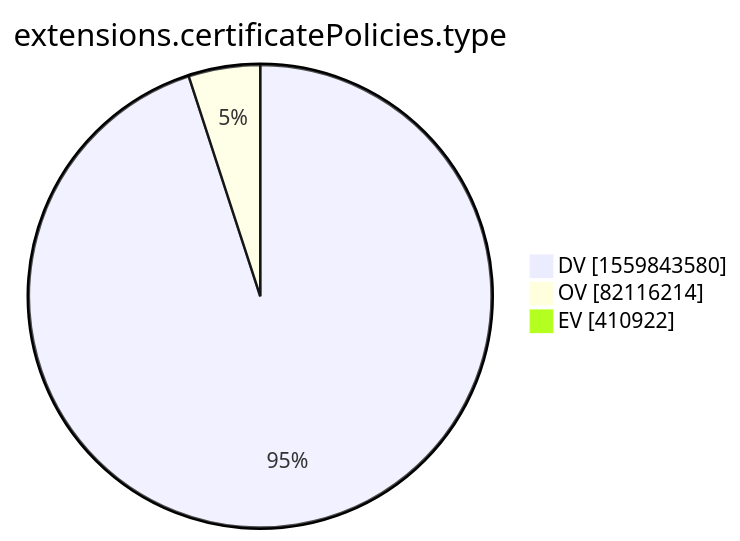
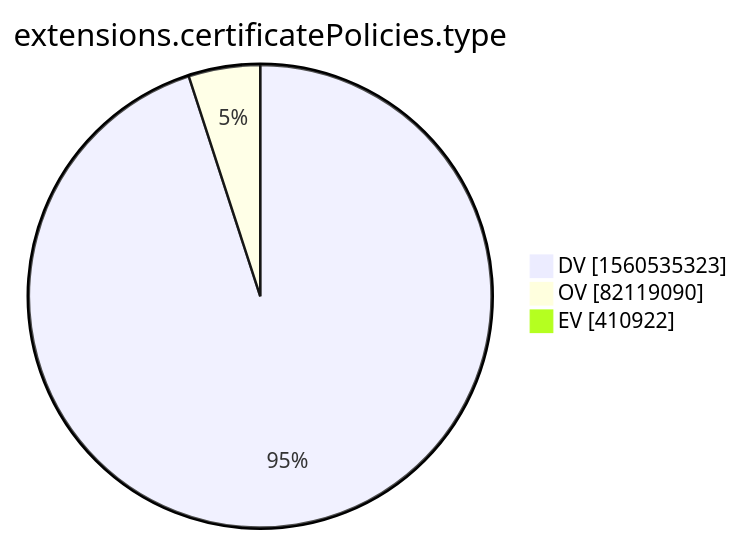
The tenth of 15 diagrams in xenon2022/README.md (christiankrug/ctmonitor_visualization), drawn with Mermaid before and after one commit. The commit also changed other lines of this file, not shown here.

````diff
--- a/xenon2022/README.md
+++ b/xenon2022/README.md
@@ -2876,7 +2876,7 @@
 ```mermaid
 pie showData
 title extensions.certificatePolicies.type
-"DV" :1559843580
-"OV" :82116214
+"DV" :1560535323
+"OV" :82119090
 "EV" :410922
 ```
````
